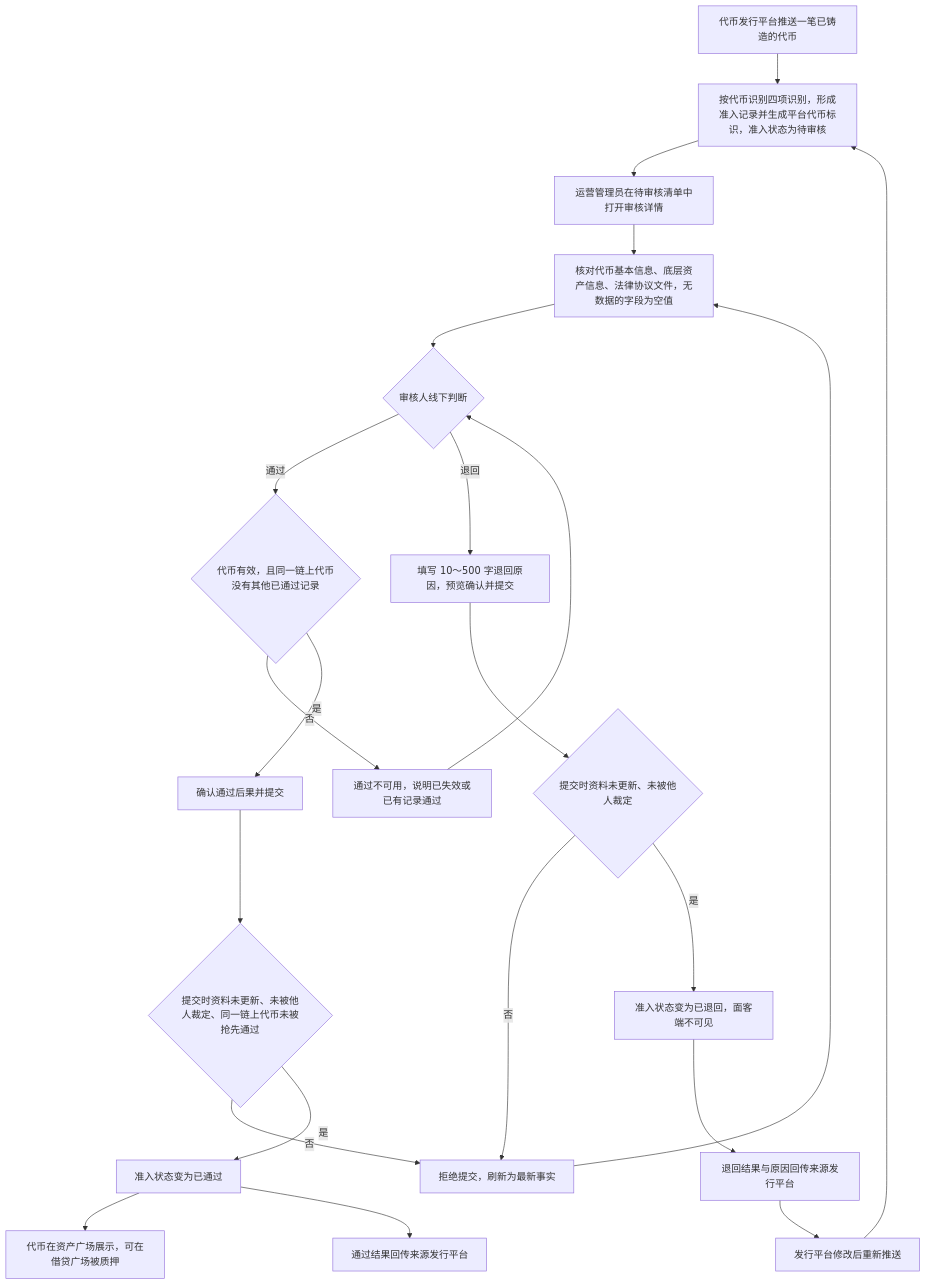
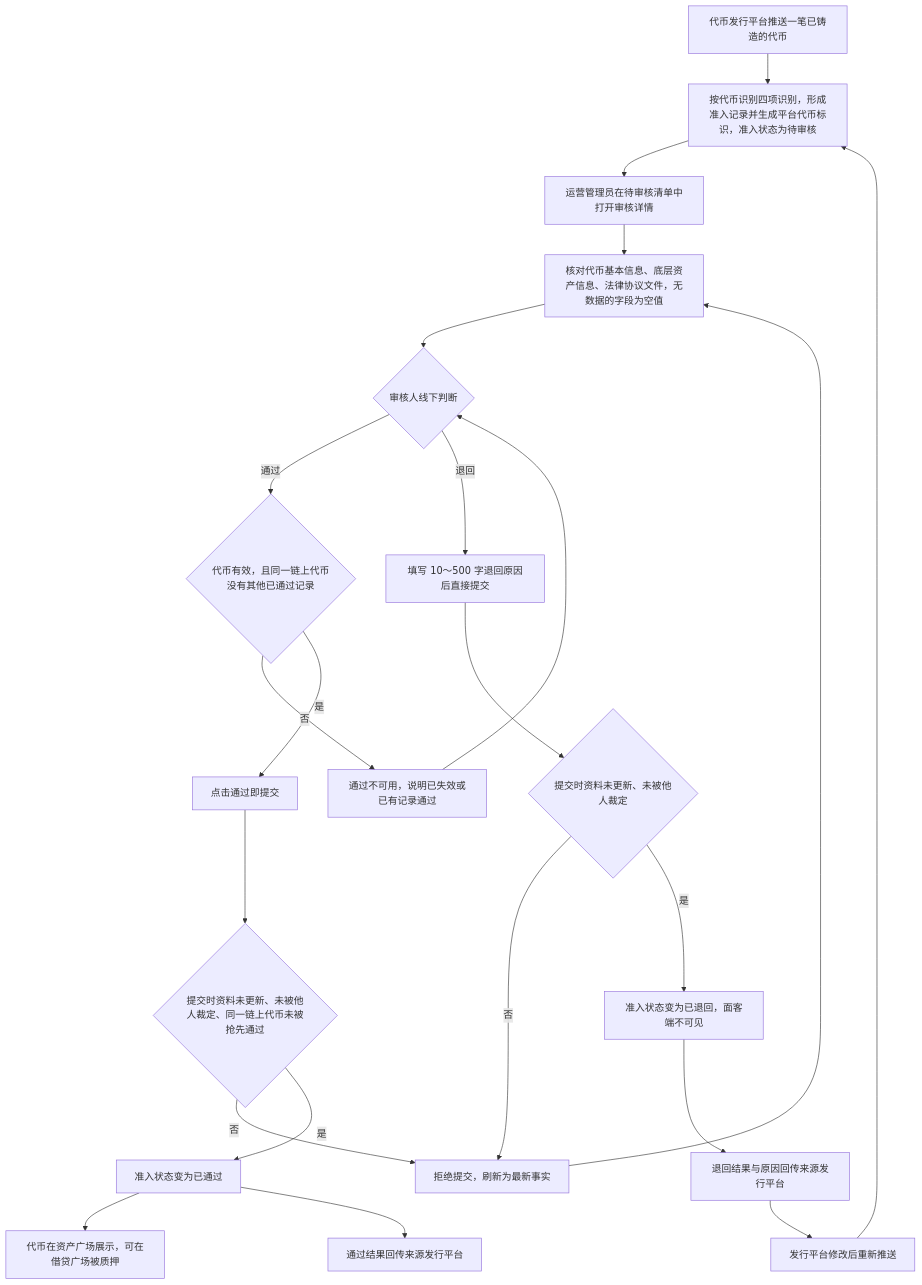
The first of 3 diagrams in lending-platform/PRD/运营端/06-代币准入审核/02-代币准入审核-流程图与状态机.md (wxblockchain/Chain-Financing), drawn with Mermaid before and after one commit. The commit also changed 2 other files, not shown here.

Commit message:
prd(WS-439): approve on click and return straight after the reason
Per the user, returning no longer previews the reason or asks again:
the reviewer enters the reason and submits. Approving follows suit:
one click submits, with no confirmation step or acknowledgement box.
The neutral "for offline judgement" notice is dropped with the
dialogs; no scoring or suggested conclusion is still the rule.

- Update the approve and return rules, the worked example and the
  main flow diagram
- Rewrite AC-TA-25, AC-TA-28 and AC-TA-30 accordingly

````diff
--- a/lending-platform/PRD/运营端/06-代币准入审核/02-代币准入审核-流程图与状态机.md
+++ b/lending-platform/PRD/运营端/06-代币准入审核/02-代币准入审核-流程图与状态机.md
@@ -16,24 +16,24 @@
 ```mermaid
 flowchart TD
     A[代币发行平台推送一笔已铸造的代币] --> B[按代币识别四项识别，形成准入记录并生成平台代币标识，准入状态为待审核]
     B --> D[运营管理员在待审核清单中打开审核详情]
     D --> E[核对代币基本信息、底层资产信息、法律协议文件，无数据的字段为空值]
     E --> F{审核人线下判断}
     F -->|通过| G{代币有效，且同一链上代币没有其他已通过记录}
     G -->|否| H[通过不可用，说明已失效或已有记录通过]
     H --> F
-    G -->|是| I[确认通过后果并提交]
+    G -->|是| I[点击通过即提交]
     I --> J{提交时资料未更新、未被他人裁定、同一链上代币未被抢先通过}
     J -->|否| K[拒绝提交，刷新为最新事实]
     K --> E
     J -->|是| L[准入状态变为已通过]
     L --> M[代币在资产广场展示，可在借贷广场被质押]
     L --> N[通过结果回传来源发行平台]
-    F -->|退回| O[填写 10～500 字退回原因，预览确认并提交]
+    F -->|退回| O[填写 10～500 字退回原因后直接提交]
     O --> P{提交时资料未更新、未被他人裁定}
     P -->|否| K
     P -->|是| Q[准入状态变为已退回，面客端不可见]
     Q --> R[退回结果与原因回传来源发行平台]
     R --> S[发行平台修改后重新推送]
     S --> B
 ```
````
